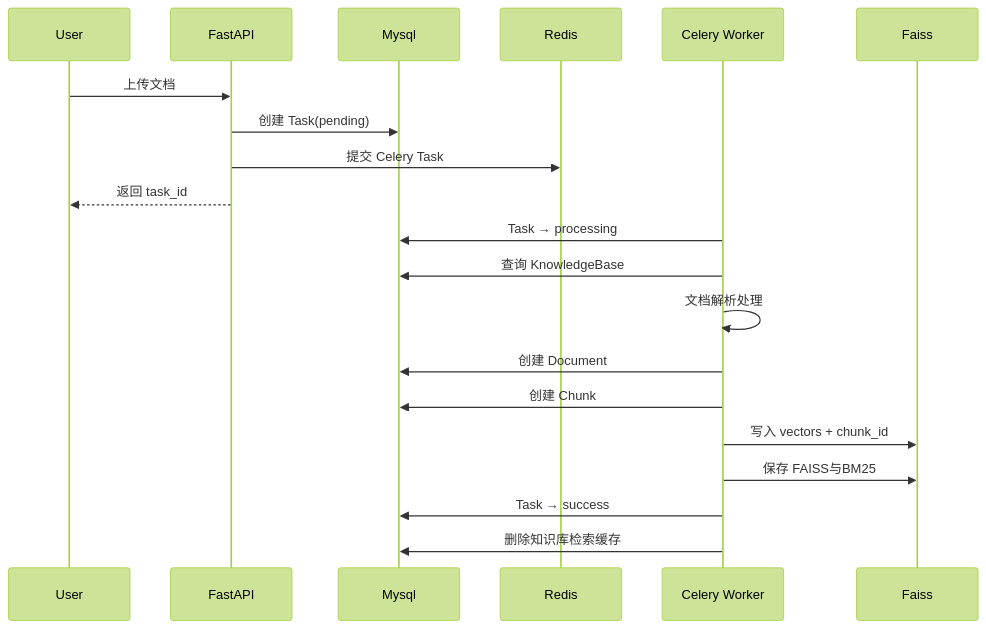
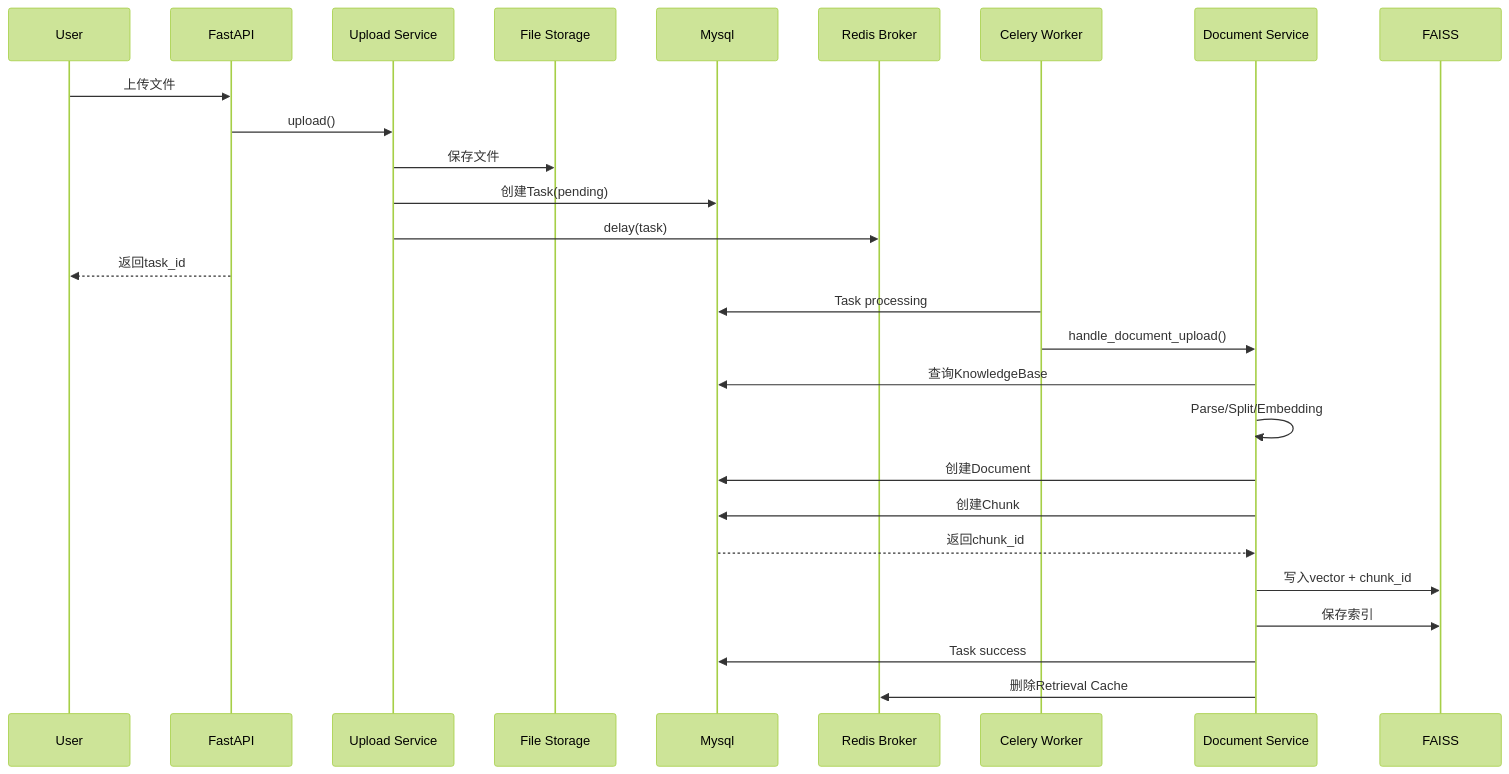
The second of 4 diagrams in docs/architecture/upload_pipeline.md (yzheAI/Multi-Knowledge-Base-RAG-System), drawn with Mermaid (forest theme) before and after one commit. The commit also changed other lines of this file, not shown here.

Commit message:
docs: update upload pipeline documentation

````diff
--- a/docs/architecture/upload_pipeline.md
+++ b/docs/architecture/upload_pipeline.md
@@ -107,24 +152,48 @@
 ```mermaid
 sequenceDiagram
     participant U as User
     participant API as FastAPI
-    participant M as Mysql
-    participant R as Redis
+    participant S as Upload Service
+    participant FS as File Storage
+    participant DB as Mysql
+    participant R as Redis Broker
     participant W as Celery Worker
-    participant F as Faiss
+    participant DS as Document Service
+    participant F as FAISS
     
-    U->>API: 上传文档
-    API->>M: 创建 Task(pending)
-    API->>R: 提交 Celery Task
-    API-->>U: 返回 task_id
-    W->>M: Task → processing
-    W->>M: 查询 KnowledgeBase
-    W->>W: 文档解析处理
-    W->>M: 创建 Document
-    W->>M: 创建 Chunk
-    W->>F: 写入 vectors + chunk_id
-    W->>F: 保存 FAISS与BM25
-    W->>M: Task → success
-    W->>M: 删除知识库检索缓存
+    U->>API: 上传文件
+
+API->>S: upload()
+
+S->>FS: 保存文件
+
+S->>DB: 创建Task(pending)
+
+S->>R: delay(task)
+
+API-->>U: 返回task_id
+
+
+W->>DB: Task processing
+
+W->>DS: handle_document_upload()
+
+DS->>DB: 查询KnowledgeBase
+
+DS->>DS: Parse/Split/Embedding
+
+DS->>DB: 创建Document
+
+DS->>DB: 创建Chunk
+
+DB-->>DS: 返回chunk_id
+
+DS->>F: 写入vector + chunk_id
+
+DS->>F: 保存索引
+
+DS->>DB: Task success
+
+DS->>R: 删除Retrieval Cache
     
 ```
````
